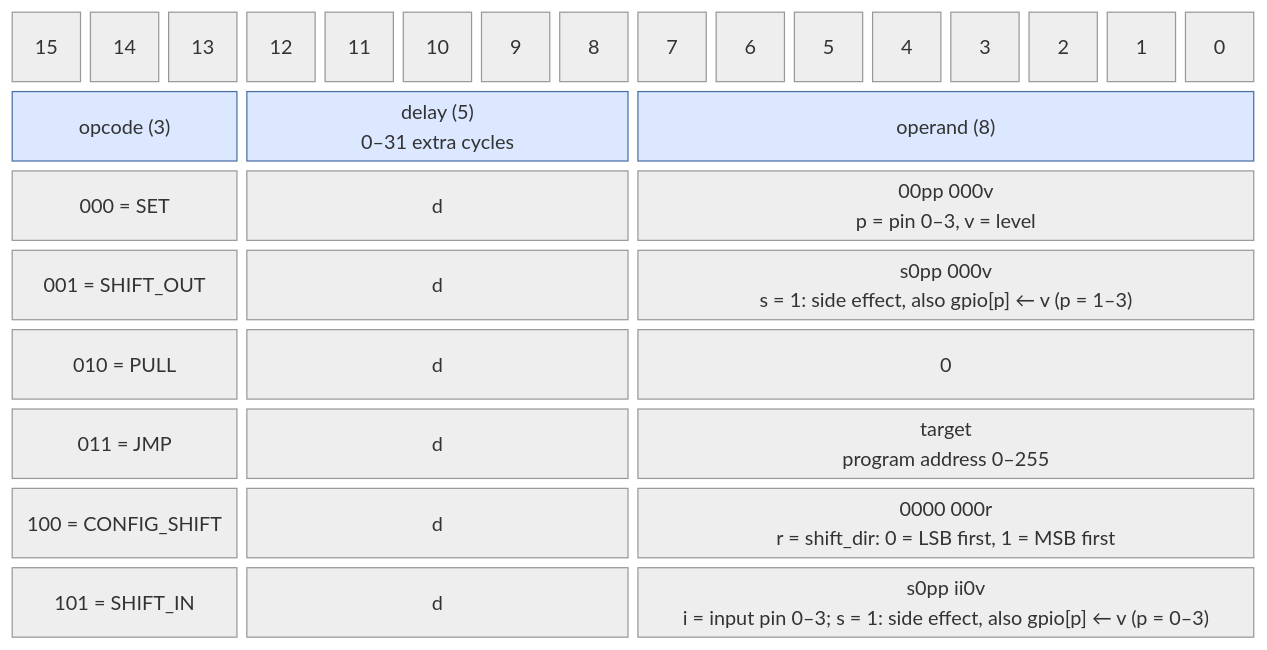
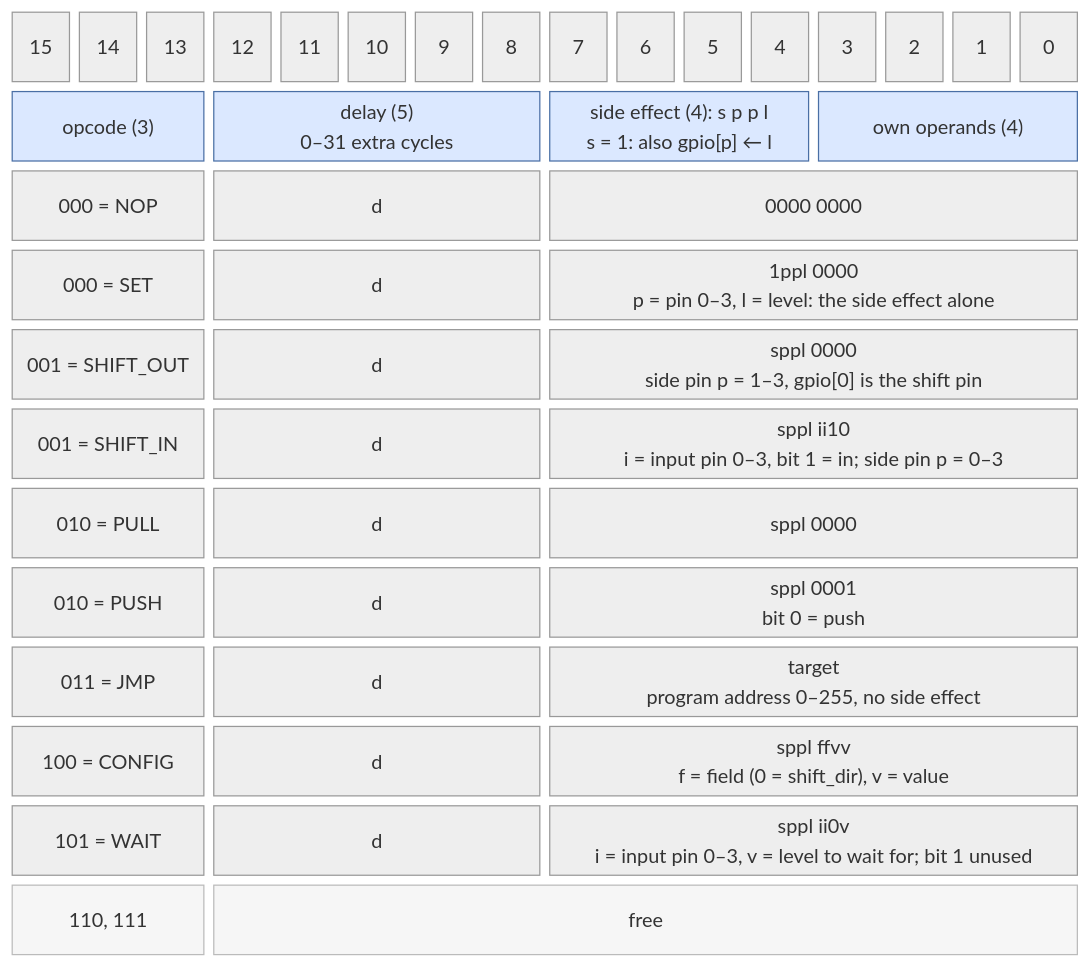
The diagram in docs/isa_encoding.mmd (cshieldsce/smallcore), drawn with Mermaid (neutral theme) before and after one commit. The commit also changed 12 other files, not shown here.

Commit message:
update diagrams for the side effect, config, push and wait

```diff
--- a/docs/isa_encoding.mmd
+++ b/docs/isa_encoding.mmd
@@ -1,16 +1,22 @@
 block-beta
   columns 16
   b15["15"] b14["14"] b13["13"] b12["12"] b11["11"] b10["10"] b9["9"] b8["8"]
   b7["7"] b6["6"] b5["5"] b4["4"] b3["3"] b2["2"] b1["1"] b0["0"]
-  opcode["opcode (3)"]:3 delay["delay (5)<br/>0–31 extra cycles"]:5 operand["operand (8)"]:8
-  set["000 = SET"]:3 setd["d"]:5 setop["00pp 000v<br/>p = pin 0–3, v = level"]:8
-  shift["001 = SHIFT_OUT"]:3 shiftd["d"]:5 shiftop["s0pp 000v<br/>s = 1: side effect, also gpio[p] ← v (p = 1–3)"]:8
-  pull["010 = PULL"]:3 pulld["d"]:5 pullop["0"]:8
-  jmp["011 = JMP"]:3 jmpd["d"]:5 jmpop["target<br/>program address 0–255"]:8
-  cfg["100 = CONFIG_SHIFT"]:3 cfgd["d"]:5 cfgop["0000 000r<br/>r = shift_dir: 0 = LSB first, 1 = MSB first"]:8
-  shin["101 = SHIFT_IN"]:3 shind["d"]:5 shinop["s0pp ii0v<br/>i = input pin 0–3; s = 1: side effect, also gpio[p] ← v (p = 0–3)"]:8
+  opcode["opcode (3)"]:3 delay["delay (5)<br/>0–31 extra cycles"]:5 side["side effect (4): s p p l<br/>s = 1: also gpio[p] ← l"]:4 own["own operands (4)"]:4
+  nop["000 = NOP"]:3 nopd["d"]:5 nopop["0000 0000"]:8
+  set["000 = SET"]:3 setd["d"]:5 setop["1ppl 0000<br/>p = pin 0–3, l = level: the side effect alone"]:8
+  shift["001 = SHIFT_OUT"]:3 shiftd["d"]:5 shiftop["sppl 0000<br/>side pin p = 1–3, gpio[0] is the shift pin"]:8
+  shin["001 = SHIFT_IN"]:3 shind["d"]:5 shinop["sppl ii10<br/>i = input pin 0–3, bit 1 = in; side pin p = 0–3"]:8
+  pull["010 = PULL"]:3 pulld["d"]:5 pullop["sppl 0000"]:8
+  push["010 = PUSH"]:3 pushd["d"]:5 pushop["sppl 0001<br/>bit 0 = push"]:8
+  jmp["011 = JMP"]:3 jmpd["d"]:5 jmpop["target<br/>program address 0–255, no side effect"]:8
+  cfg["100 = CONFIG"]:3 cfgd["d"]:5 cfgop["sppl ffvv<br/>f = field (0 = shift_dir), v = value"]:8
+  wait["101 = WAIT"]:3 waitd["d"]:5 waitop["sppl ii0v<br/>i = input pin 0–3, v = level to wait for; bit 1 unused"]:8
+  free["110, 111"]:3 freed["free"]:13
 
   classDef hdr fill:#eee,stroke:#999,color:#555
   classDef field fill:#dbe8ff,stroke:#4a6fa5
+  classDef unused fill:#f6f6f6,stroke:#bbb,color:#888
   class b15,b14,b13,b12,b11,b10,b9,b8,b7,b6,b5,b4,b3,b2,b1,b0 hdr
-  class opcode,delay,operand field
+  class opcode,delay,side,own field
+  class free,freed unused
```
